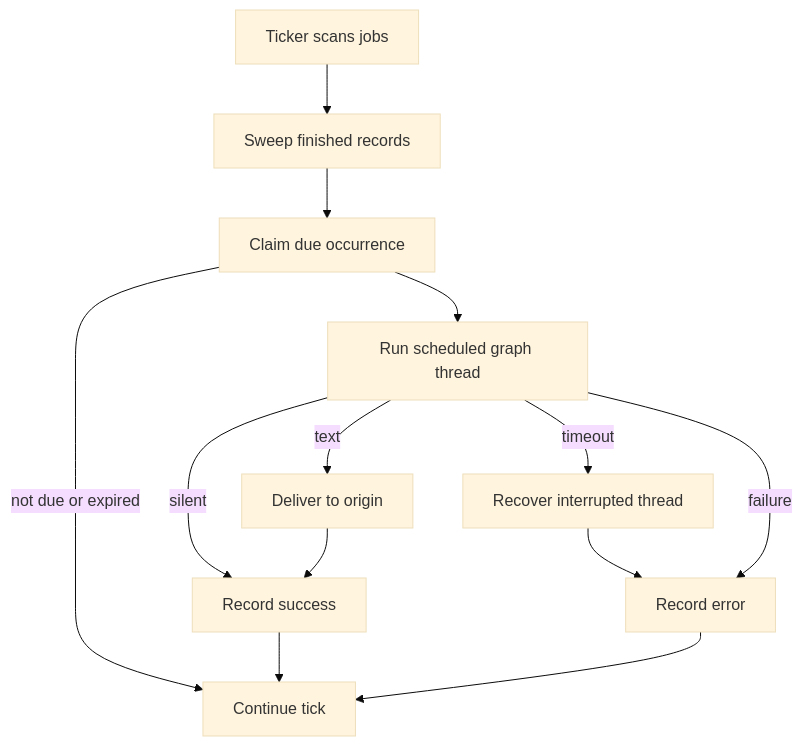
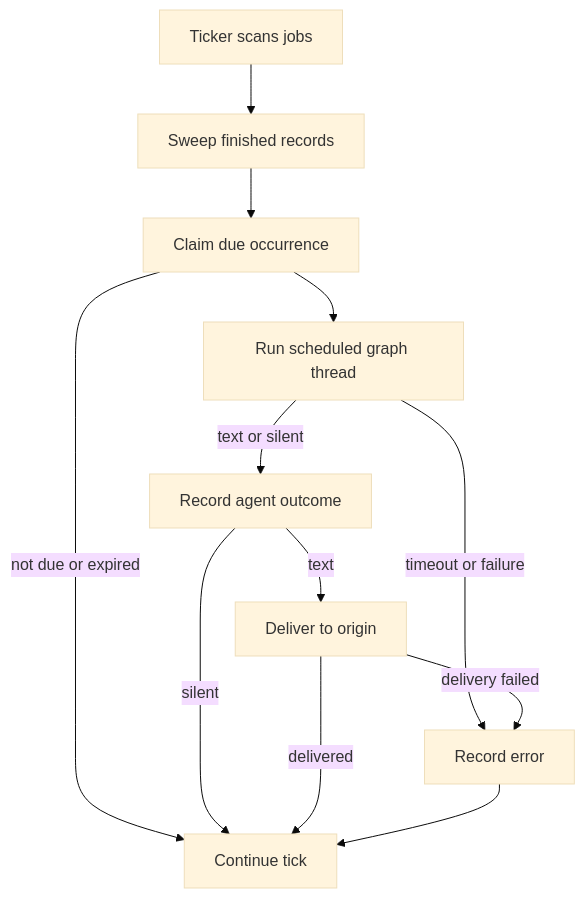
The second of 2 diagrams in openwiki/architecture/runtime-behavior.md (langchain-ai/deepagents), drawn with Mermaid (base theme) before and after one commit. The commit also changed other lines of this file and 47 other files, not shown here.

````diff
--- a/openwiki/architecture/runtime-behavior.md
+++ b/openwiki/architecture/runtime-behavior.md
@@ -120,15 +133,14 @@
 ```mermaid
 flowchart TD
     Scan["Ticker scans jobs"] --> Sweep["Sweep finished records"]
     Sweep --> Claim["Claim due occurrence"]
     Claim -->|"not due or expired"| Continue["Continue tick"]
     Claim --> Run["Run scheduled graph thread"]
-    Run -->|"timeout"| Repair["Recover interrupted thread"]
-    Repair --> Failure["Record error"]
-    Run -->|"failure"| Failure
-    Run -->|"silent"| Success["Record success"]
-    Run -->|"text"| Deliver["Deliver to origin"]
-    Deliver --> Success
-    Success --> Continue
+    Run -->|"timeout or failure"| Failure["Record error"]
+    Run -->|"text or silent"| Outcome["Record agent outcome"]
+    Outcome -->|"silent"| Continue
+    Outcome -->|"text"| Deliver["Deliver to origin"]
+    Deliver -->|"delivery failed"| Failure
+    Deliver -->|"delivered"| Continue
     Failure --> Continue
 ```
````
